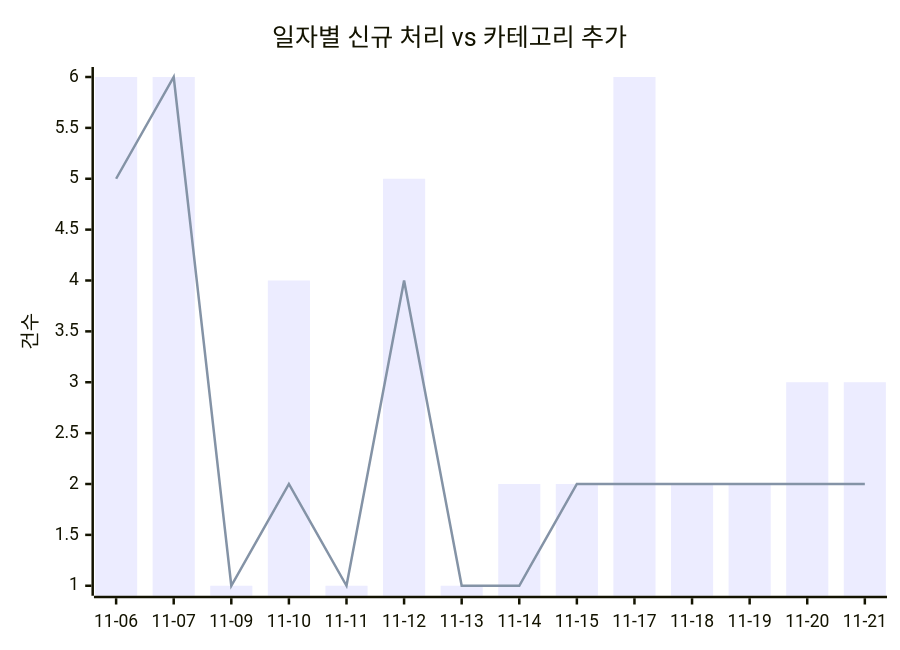
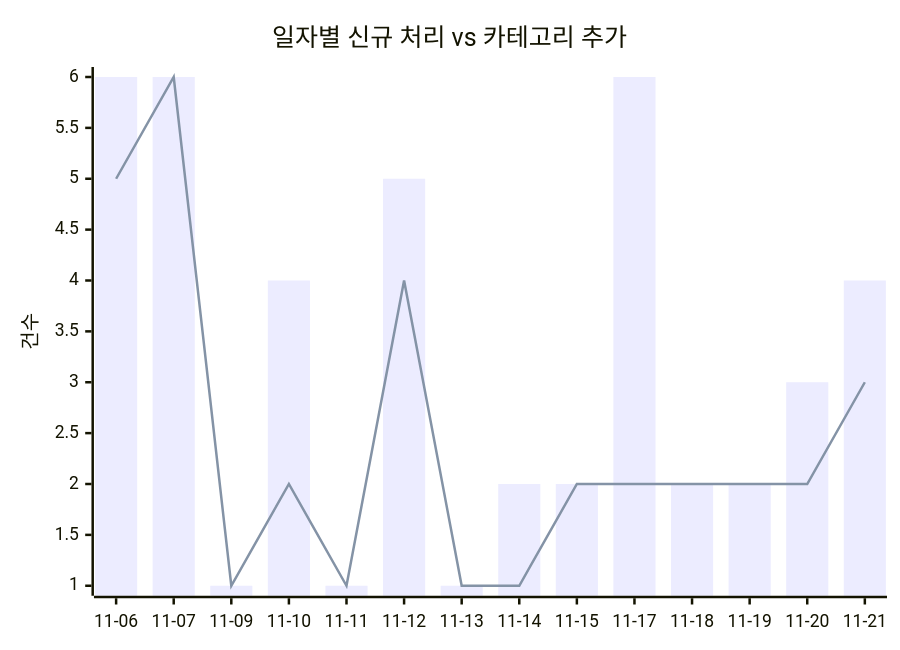
The first of 2 diagrams in docs/trends.md (J-nowcow/awesome-korean-agent-skills), drawn with Mermaid before and after one commit. The commit also changed other lines of this file and 4 other files, not shown here.

````diff
--- a/docs/trends.md
+++ b/docs/trends.md
@@ -32,8 +32,8 @@
 ```mermaid
 xychart-beta
     title "일자별 신규 처리 vs 카테고리 추가"
     x-axis ["11-06","11-07","11-09","11-10","11-11","11-12","11-13","11-14","11-15","11-17","11-18","11-19","11-20","11-21"]
     y-axis "건수"
-    bar [6,6,1,4,1,5,1,2,2,6,2,2,3,3]
-    line [5,6,1,2,1,4,1,1,2,2,2,2,2,2]
+    bar [6,6,1,4,1,5,1,2,2,6,2,2,3,4]
+    line [5,6,1,2,1,4,1,1,2,2,2,2,2,3]
 ```
````
